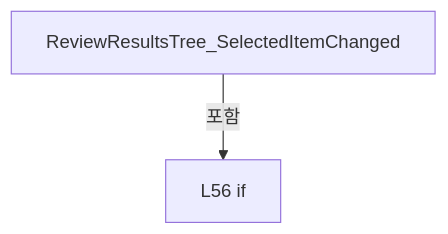
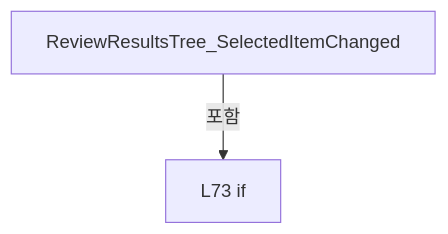
One commit to kjuws10-rgb/Shared changed the second of 18 diagrams in A3 LD Code Ref/files/Drilling.UI/Views/CReviewDataView.xaml.cs.md. Above: the diagram before and after it, drawn with Mermaid. The commit also changed other lines of this file and 2071 other files, not shown here.

Commit message:
docs(a3): update 11.19.0 architecture and code reference

````diff
--- a/A3 LD Code Ref/files/Drilling.UI/Views/CReviewDataView.xaml.cs.md
+++ b/A3 LD Code Ref/files/Drilling.UI/Views/CReviewDataView.xaml.cs.md
@@ -370,6 +485,6 @@
 ```mermaid
 flowchart TD
  M["ReviewResultsTree_SelectedItemChanged"]
- N0["L56 if"]
+ N0["L73 if"]
  M -->|포함| N0
 ```
````
